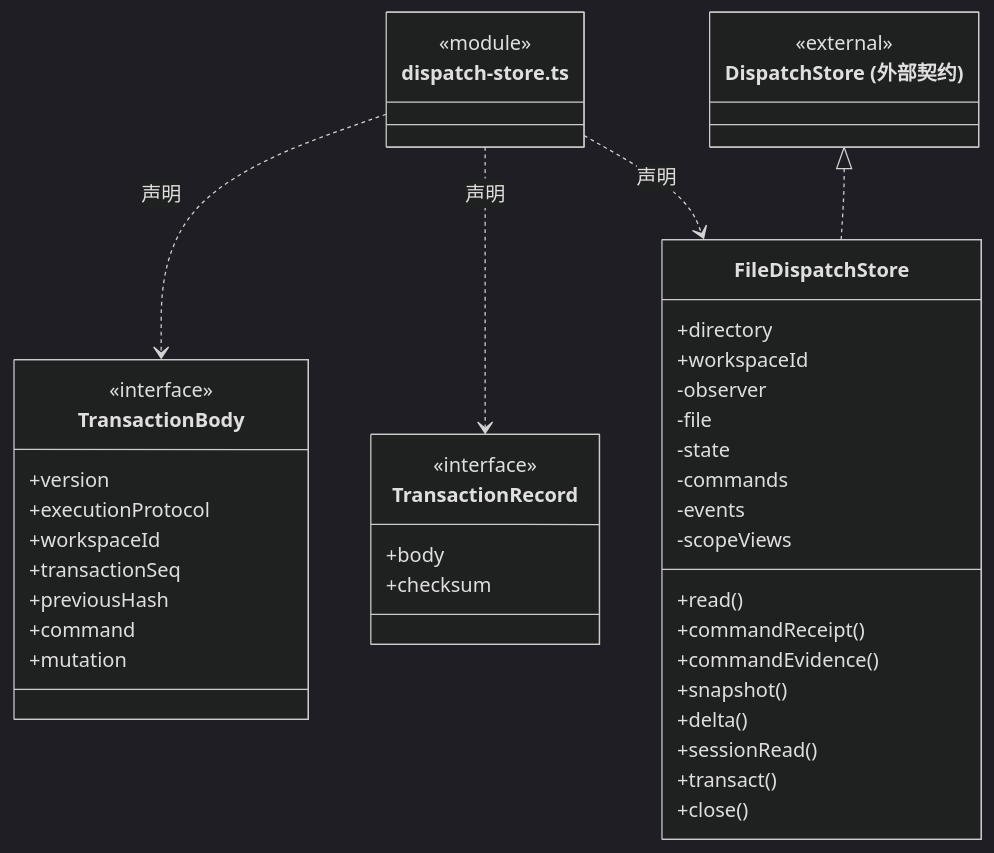
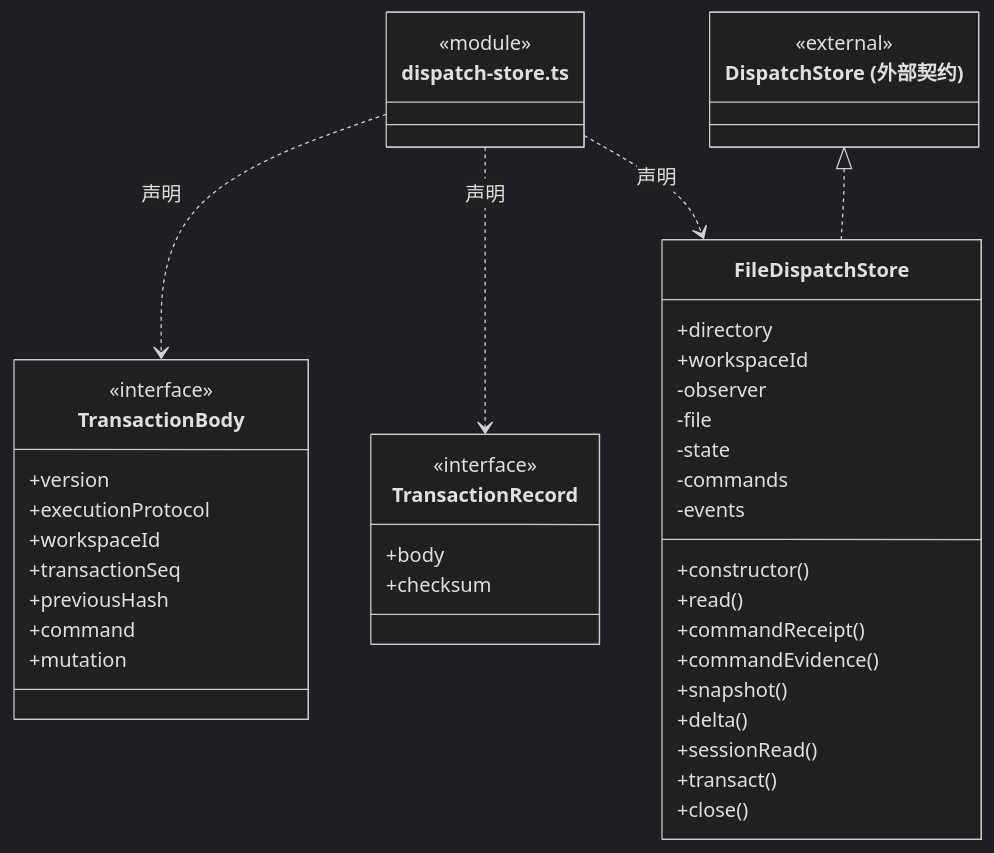
One commit to nan023062/cbim changed the first of 4 diagrams in src/logic/dispatch/storage/ARCHITECTURE.md. Above: the diagram before and after it, drawn with Mermaid (dark theme). The commit also changed other lines of this file and 139 other files, not shown here.

Commit message:
docs(architecture): add source reading paths and complete file inventories

````diff
--- a/src/logic/dispatch/storage/ARCHITECTURE.md
+++ b/src/logic/dispatch/storage/ARCHITECTURE.md
@@ -22,46 +26,46 @@
 ```mermaid
 classDiagram
 class N_src_logic_dispatch_storage_dispatch_store_ts["dispatch-store.ts"] {
   <<module>>
 }
 class N_src_logic_dispatch_storage_dispatch_store_ts_TransactionBody["TransactionBody"] {
   <<interface>>
   +version
   +executionProtocol
   +workspaceId
   +transactionSeq
   +previousHash
   +command
   +mutation
 }
 N_src_logic_dispatch_storage_dispatch_store_ts ..> N_src_logic_dispatch_storage_dispatch_store_ts_TransactionBody : 声明
 class N_src_logic_dispatch_storage_dispatch_store_ts_TransactionRecord["TransactionRecord"] {
   <<interface>>
   +body
   +checksum
 }
 N_src_logic_dispatch_storage_dispatch_store_ts ..> N_src_logic_dispatch_storage_dispatch_store_ts_TransactionRecord : 声明
 class N_src_logic_dispatch_storage_dispatch_store_ts_FileDispatchStore["FileDispatchStore"] {
   +directory
   +workspaceId
+  +constructor()
   +read()
   +commandReceipt()
   +commandEvidence()
   +snapshot()
   +delta()
   +sessionRead()
   +transact()
   +close()
   -observer
   -file
   -state
   -commands
   -events
-  -scopeViews
 }
 N_src_logic_dispatch_storage_dispatch_store_ts ..> N_src_logic_dispatch_storage_dispatch_store_ts_FileDispatchStore : 声明
 class N_src_logic_dispatch_storage_dispatch_store_ts_external_DispatchStore["DispatchStore (外部契约)"] {
   <<external>>
 }
 N_src_logic_dispatch_storage_dispatch_store_ts_external_DispatchStore <|.. N_src_logic_dispatch_storage_dispatch_store_ts_FileDispatchStore
 ```
````
